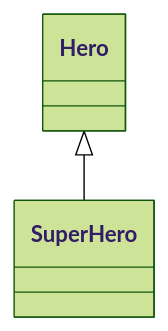
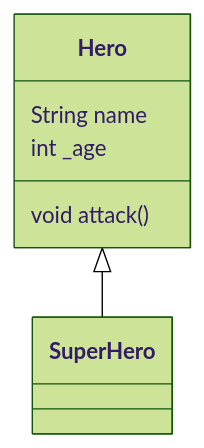
One commit to choiexe1/local changed the diagram in Daily/2025-03-18.md. Above: the diagram before and after it, drawn with Mermaid (forest theme). The commit also changed other lines of this file and 1 other file, not shown here.

````diff
--- a/Daily/2025-03-18.md
+++ b/Daily/2025-03-18.md
@@ -20,6 +20,9 @@
 ```mermaid
 classDiagram
 	class Hero {
+		String name
+		int _age	
+		void attack()
 	}
 	Hero <|-- SuperHero
 ```
````
